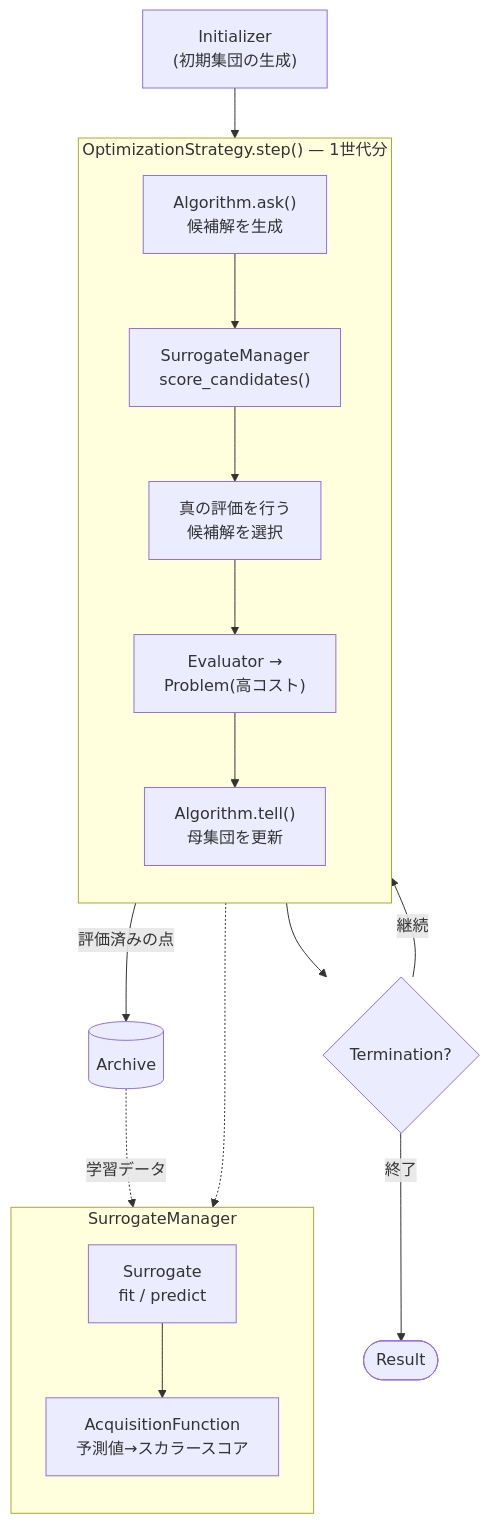
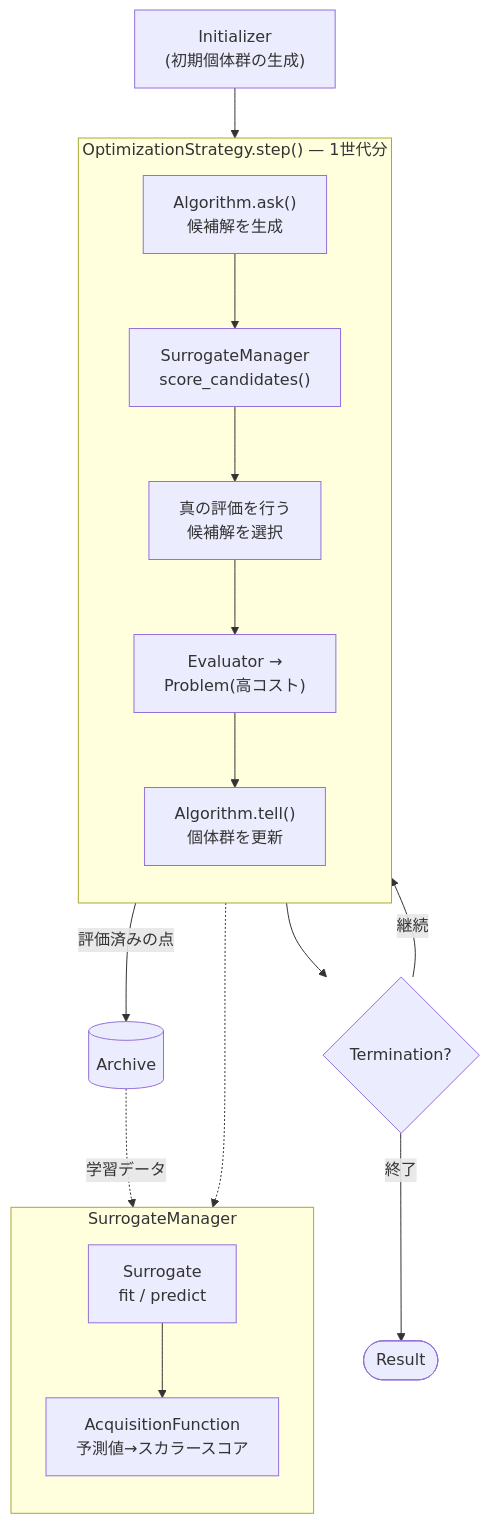
One commit to shlka/saealib changed the diagram in docs/components/index.md. Above: the diagram before and after it, drawn with Mermaid. The commit also changed other lines of this file and 27 other files, not shown here.

````diff
--- a/docs/components/index.md
+++ b/docs/components/index.md
@@ -13,21 +13,21 @@
 ```{mermaid}
 flowchart TD
-    INIT["Initializer<br/>(初期集団の生成)"] --> STEP
+    INIT["Initializer<br/>(初期個体群の生成)"] --> STEP
     subgraph STEP["OptimizationStrategy.step() — 1世代分"]
         direction TB
         ASK["Algorithm.ask()<br/>候補解を生成"] --> SCORE["SurrogateManager<br/>score_candidates()"]
         SCORE --> SEL["真の評価を行う<br/>候補解を選択"]
         SEL --> EVAL["Evaluator →<br/>Problem(高コスト)"]
-        EVAL --> TELL["Algorithm.tell()<br/>母集団を更新"]
+        EVAL --> TELL["Algorithm.tell()<br/>個体群を更新"]
     end
     STEP --> TERM{"Termination?"}
     TERM -- "継続" --> STEP
     TERM -- "終了" --> RESULT([Result])
     subgraph SM["SurrogateManager"]
         direction TB
         SUR["Surrogate<br/>fit / predict"] --> ACQ["AcquisitionFunction<br/>予測値→スカラースコア"]
     end
     SCORE -.-> SM
     EVAL -- "評価済みの点" --> ARC[("Archive")]
     ARC -. "学習データ" .-> SUR
 ```
````
